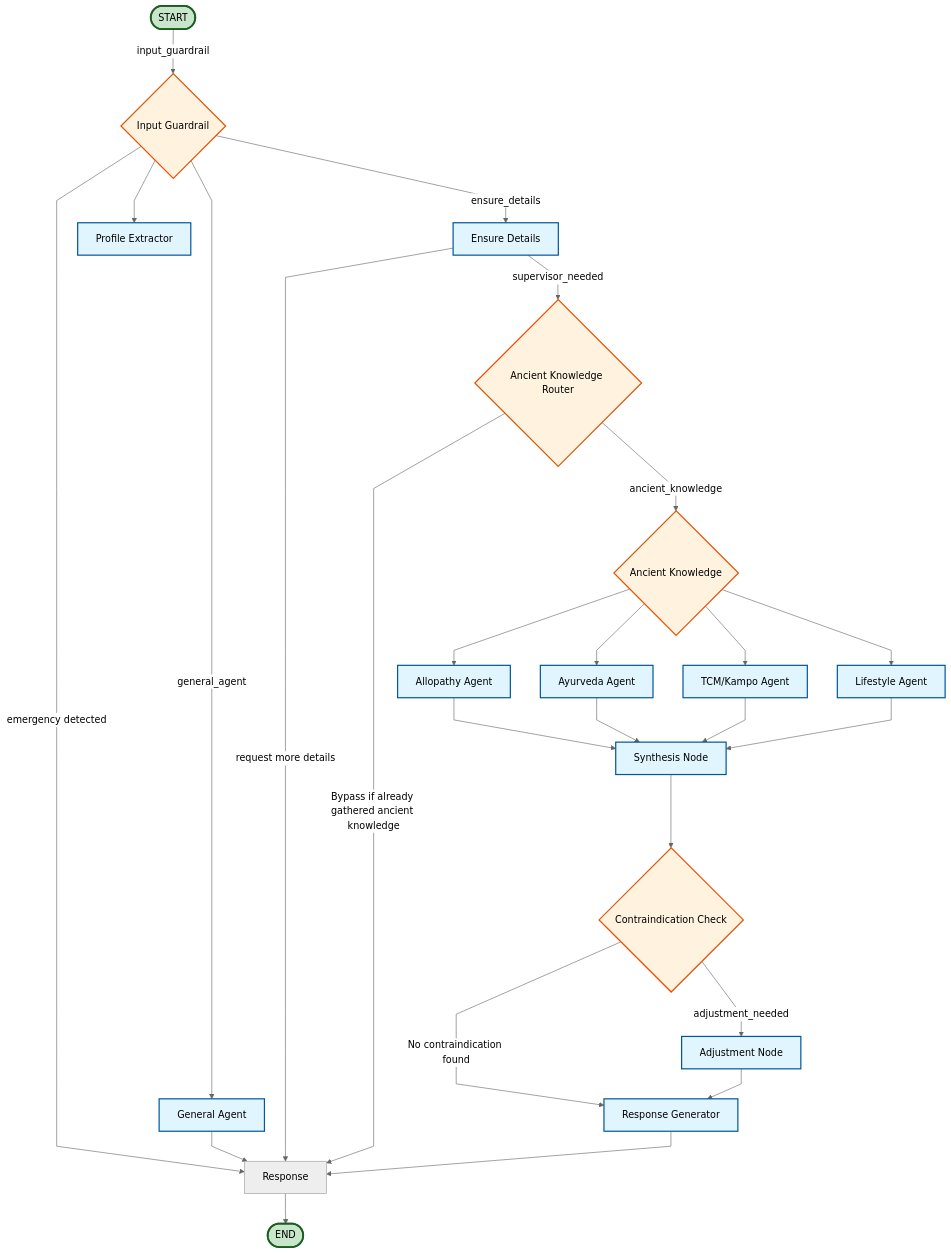
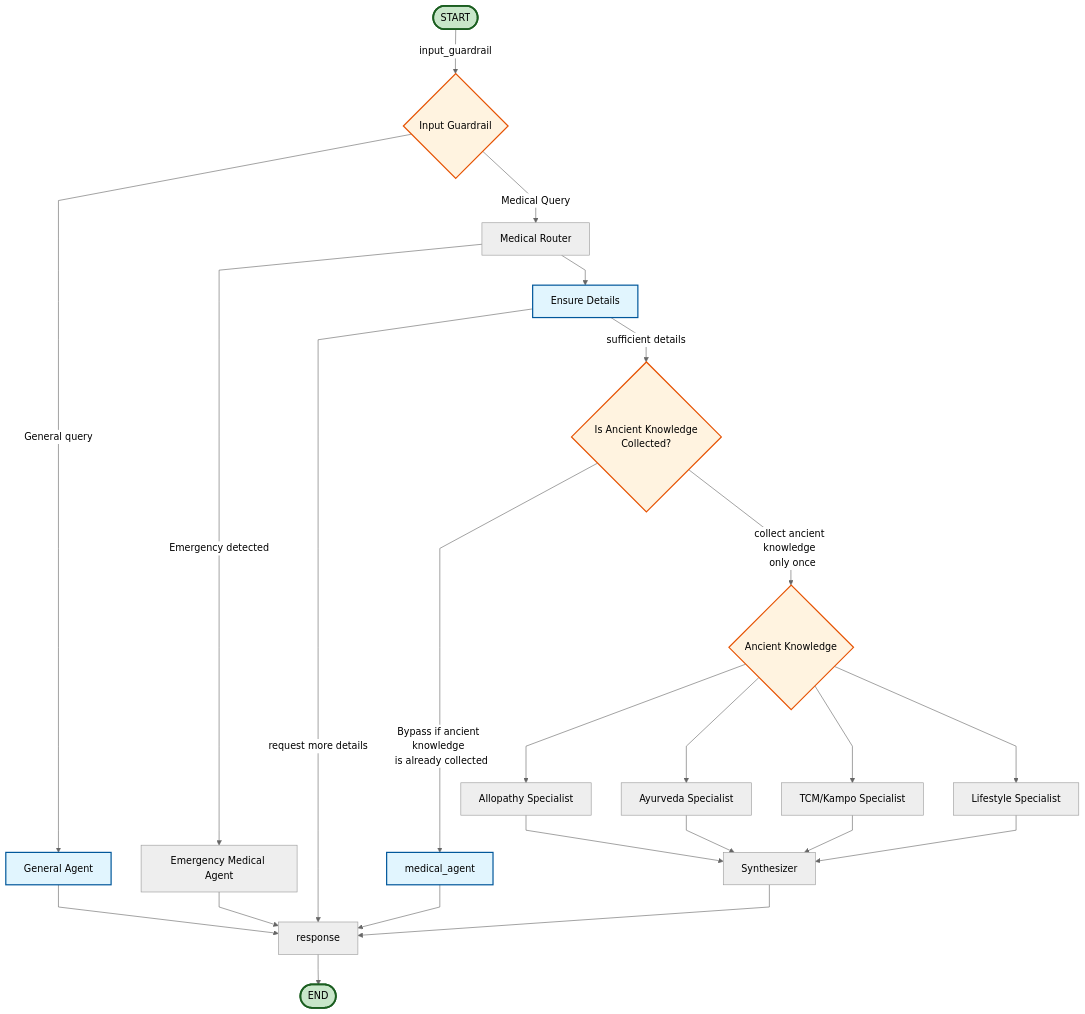
The diagram in docs/orchestration.md (Tejashree-Khot/personal-medical-assistant), drawn with Mermaid before and after one commit. The commit also changed 11 other files, not shown here.

Commit message:
feat: update graph

````diff
--- a/docs/orchestration.md
+++ b/docs/orchestration.md
@@ -5,59 +5,59 @@
 ```mermaid
 ---
 config:
   flowchart:
     curve: linear
 ---
 %%{init: {'theme': 'neutral'}}%%
 graph TD
     START([START]) -->|input_guardrail| input_guardrail{Input Guardrail}
 
     %% Input routing
-    input_guardrail -->|emergency detected| response[Response]
-    input_guardrail -->|general_agent| general_agent[General Agent]
-    input_guardrail -->|ensure_details| ensure_details[Ensure Details]
-    input_guardrail --> profile_extractor[Profile Extractor]
+    input_guardrail -->|General query| general_agent[General Agent]
+    input_guardrail -->|Medical Query| medical_router[Medical Router]
+
+    %%Medical routing
+    medical_router -->|Emergency detected | emergency_medical_agent[Emergency Medical Agent]
+    medical_router --> ensure_details[Ensure Details]
 
     %% General Agent
     general_agent --> response
 
     %% Profile and details
     ensure_details -->|request more details| response
-    ensure_details -->|supervisor_needed| ancient_knowledge_router{Ancient Knowledge Router}
+    ensure_details -->|sufficient details| ancient_knowledge_router{Is Ancient Knowledge <br/> Collected?}
 
     %% Supervisor routing
-    ancient_knowledge_router -->|ancient_knowledge| ancient_knowledge{Ancient Knowledge}
-    ancient_knowledge_router -->|Bypass if already gathered ancient knowledge| response
+    ancient_knowledge_router -->|Bypass if ancient knowledge <br/> is already collected | medical_agent
+    ancient_knowledge_router -->|collect ancient knowledge <br/> only once | ancient_knowledge{Ancient Knowledge}
 
     %% Knowledge agents
-    ancient_knowledge --> allopathy_agent[Allopathy Agent]
-    ancient_knowledge --> ayurveda_agent[Ayurveda Agent]
-    ancient_knowledge --> tcm_kampo_agent[TCM/Kampo Agent]
-    ancient_knowledge --> lifestyle_agent[Lifestyle Agent]
+    ancient_knowledge --> allopathy_specialist[Allopathy Specialist]
+    ancient_knowledge --> ayurveda_specialist[Ayurveda Specialist]
+    ancient_knowledge --> tcm_kampo_specialist[TCM/Kampo Specialist]
+    ancient_knowledge --> lifestyle_specialist[Lifestyle Specialist]
 
     %% Synthesis
-    allopathy_agent --> synthesis_node[Synthesis Node]
-    ayurveda_agent --> synthesis_node
-    tcm_kampo_agent --> synthesis_node
-    lifestyle_agent --> synthesis_node
+    allopathy_specialist --> synthesizer[Synthesizer]
+    ayurveda_specialist --> synthesizer
+    tcm_kampo_specialist --> synthesizer
+    lifestyle_specialist --> synthesizer
 
     %% Safety & adjustments
-    synthesis_node --> contraindication_check{Contraindication Check}
-    contraindication_check -->|No contraindication found| response_generator
-    contraindication_check -->|adjustment_needed| adjustment_node[Adjustment Node]
-    adjustment_node --> response_generator[Response Generator]
+    emergency_medical_agent --> response
+    medical_agent --> response
+    synthesizer --> response
 
     %% Response generation
-    response_generator --> response
     response --> END([END])
 
     %% Styling
     classDef processNode fill:#e1f5fe,stroke:#01579b,stroke-width:2px
     classDef decisionNode fill:#fff3e0,stroke:#e65100,stroke-width:2px
     classDef startEndNode fill:#c8e6c9,stroke:#1b5e20,stroke-width:3px
 
     class general_agent,allopathy_agent,ayurveda_agent,tcm_kampo_agent,lifestyle_agent processNode
-    class load_profile,ensure_details,ancient_knowledge_router,ancient_knowledge,synthesis_node,contraindication_check,adjustment_node,response_generator,profile_extractor processNode
+    class load_profile,ensure_details,ancient_knowledge_router,ancient_knowledge,synthesis_node,contraindication_check,adjustment_node,medical_agent processNode
     class input_guardrail,ancient_knowledge_router,ancient_knowledge,contraindication_check decisionNode
     class START,END startEndNode
 ```
````
